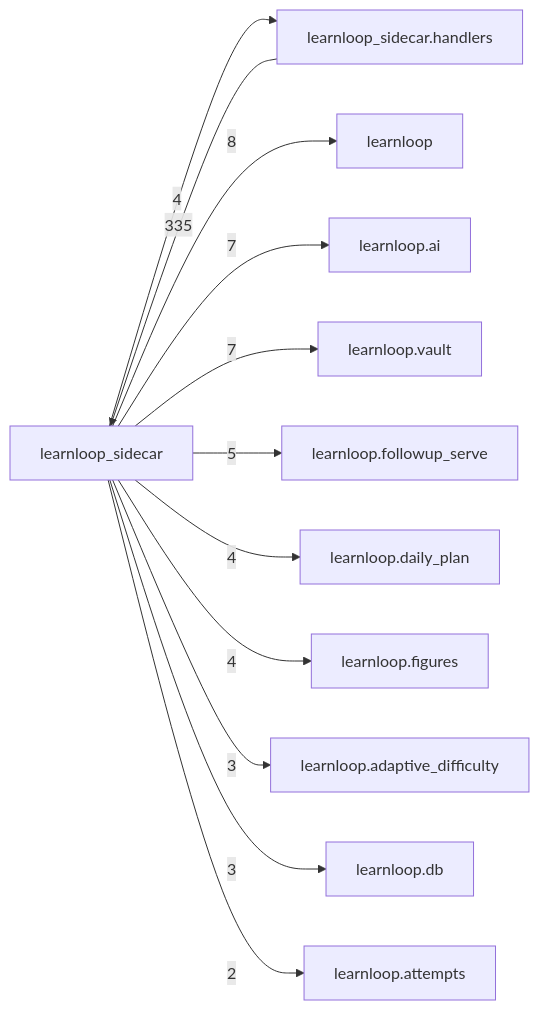
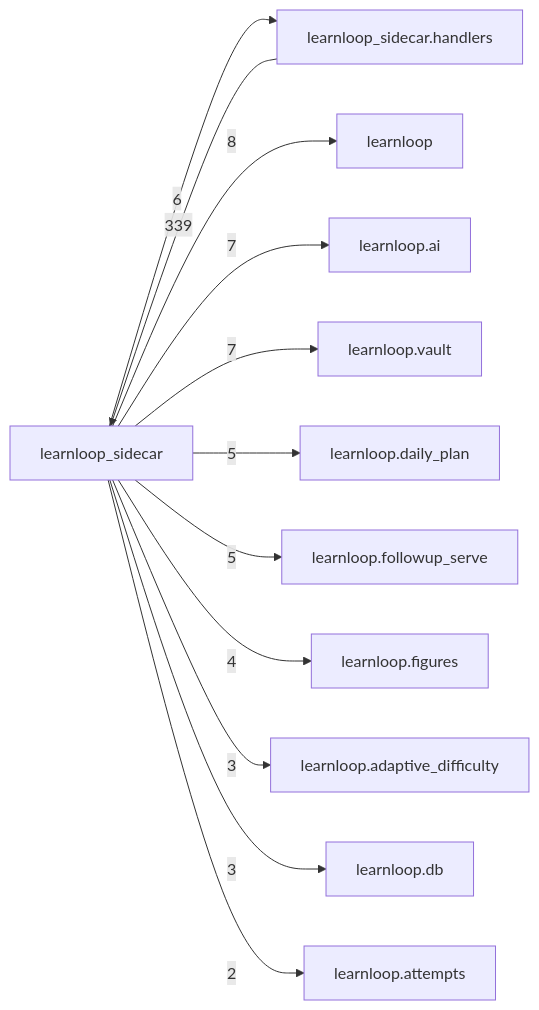
The diagram in docs/learnloop-architecture-vault/Reference/Modules/learnloop_sidecar/_package.md (6up-b/learnanything), drawn with Mermaid before and after one commit. The commit also changed other lines of this file and 44 other files, not shown here.

````diff
--- a/docs/learnloop-architecture-vault/Reference/Modules/learnloop_sidecar/_package.md
+++ b/docs/learnloop-architecture-vault/Reference/Modules/learnloop_sidecar/_package.md
@@ -125,25 +127,25 @@
 ```mermaid
 flowchart LR
     center["learnloop_sidecar"]
     n_learnloop_sidecar_handlers["learnloop_sidecar.handlers"]
     n_learnloop["learnloop"]
     n_learnloop_ai["learnloop.ai"]
     n_learnloop_vault["learnloop.vault"]
+    n_learnloop_daily_plan["learnloop.daily_plan"]
     n_learnloop_followup_serve["learnloop.followup_serve"]
-    n_learnloop_daily_plan["learnloop.daily_plan"]
     n_learnloop_figures["learnloop.figures"]
     n_learnloop_adaptive_difficulty["learnloop.adaptive_difficulty"]
     n_learnloop_db["learnloop.db"]
     n_learnloop_attempts["learnloop.attempts"]
-    n_learnloop_sidecar_handlers -->|335| center
-    center -->|4| n_learnloop_sidecar_handlers
+    n_learnloop_sidecar_handlers -->|339| center
+    center -->|6| n_learnloop_sidecar_handlers
     center -->|8| n_learnloop
     center -->|7| n_learnloop_ai
     center -->|7| n_learnloop_vault
+    center -->|5| n_learnloop_daily_plan
     center -->|5| n_learnloop_followup_serve
-    center -->|4| n_learnloop_daily_plan
     center -->|4| n_learnloop_figures
     center -->|3| n_learnloop_adaptive_difficulty
     center -->|3| n_learnloop_db
     center -->|2| n_learnloop_attempts
 ```
````
